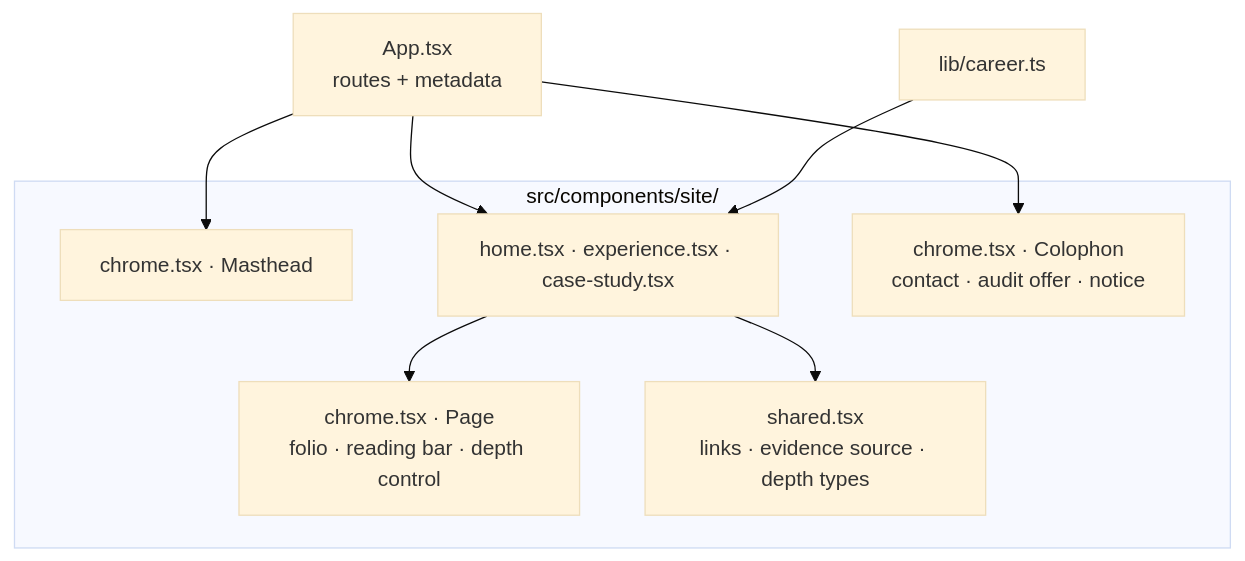
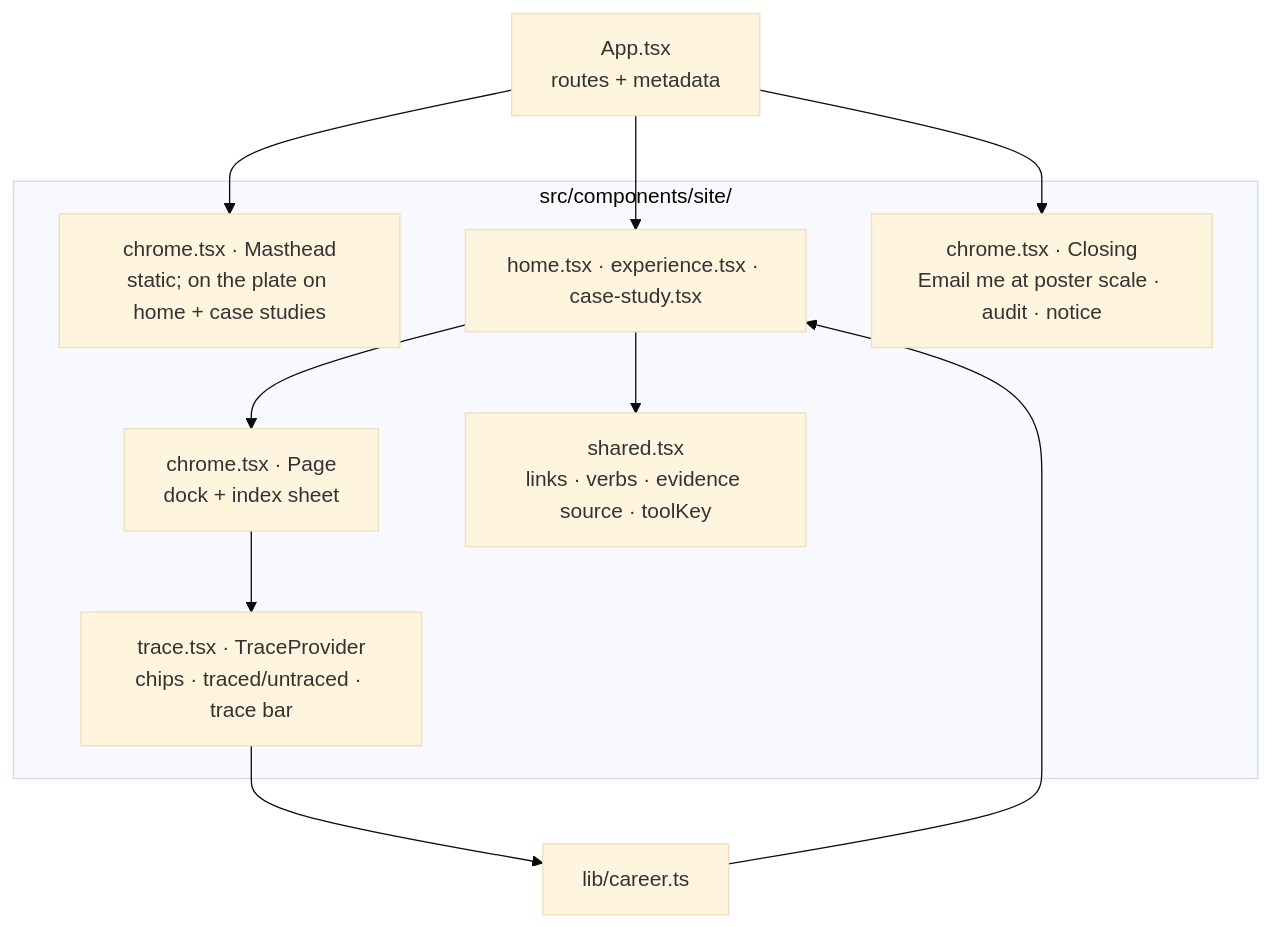
The diagram in docs/ARCHITECTURE.md (mohamedmoheyeldin/portfolio), drawn with Mermaid (base theme) before and after one commit. The commit also changed other lines of this file and 22 other files, not shown here.

````diff
--- a/docs/ARCHITECTURE.md
+++ b/docs/ARCHITECTURE.md
@@ -58,14 +60,16 @@
 ```mermaid
 flowchart TB
   App["App.tsx<br/>routes + metadata"] --> Masthead
   App --> Pages
-  App --> Colophon
+  App --> Closing
   subgraph site["src/components/site/"]
-    Masthead["chrome.tsx · Masthead"]
-    Pages["home.tsx · experience.tsx · case-study.tsx"] --> PageWrap["chrome.tsx · Page<br/>folio · reading bar · depth control"]
-    Colophon["chrome.tsx · Colophon<br/>contact · audit offer · notice"]
-    Shared["shared.tsx<br/>links · evidence source · depth types"]
+    Masthead["chrome.tsx · Masthead<br/>static; on the plate on home + case studies"]
+    Pages["home.tsx · experience.tsx · case-study.tsx"] --> PageWrap["chrome.tsx · Page<br/>dock + index sheet"]
+    PageWrap --> Trace["trace.tsx · TraceProvider<br/>chips · traced/untraced · trace bar"]
+    Closing["chrome.tsx · Closing<br/>Email me at poster scale · audit · notice"]
+    Shared["shared.tsx<br/>links · verbs · evidence source · toolKey"]
   end
   Pages --> Shared
-  Career["lib/career.ts"] --> Pages
+  Trace --> Career["lib/career.ts"]
+  Career --> Pages
 ```
````
